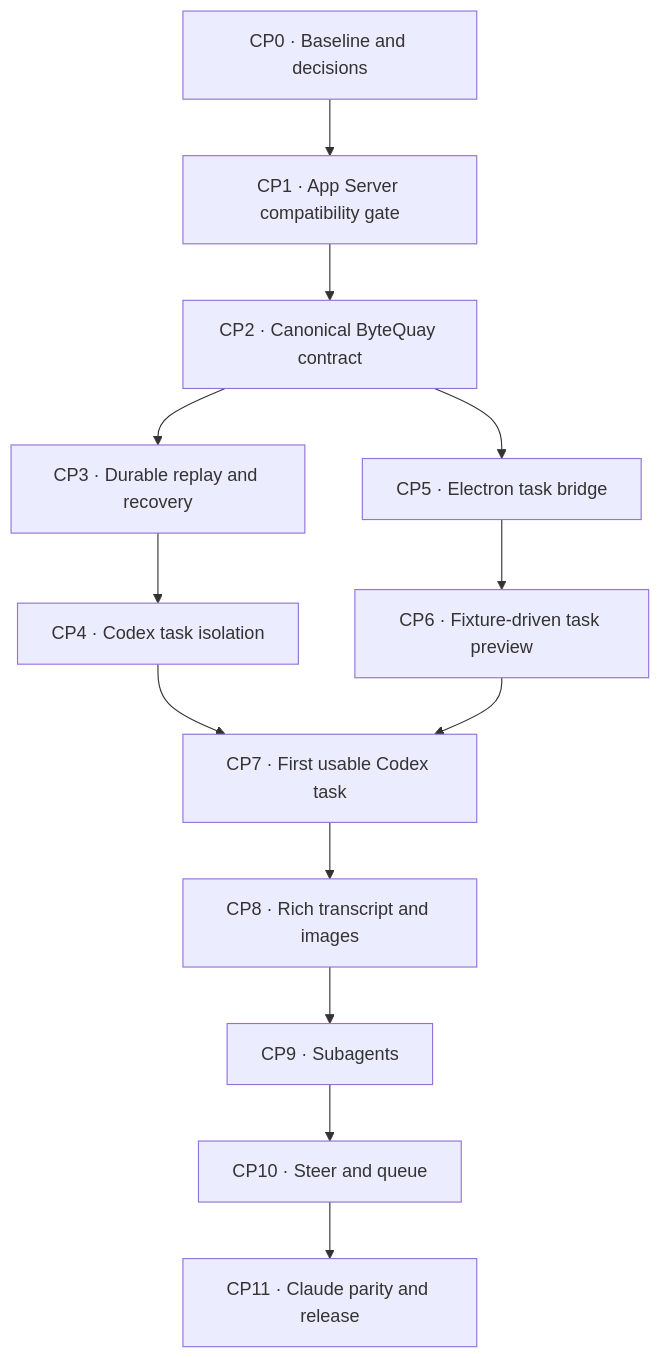
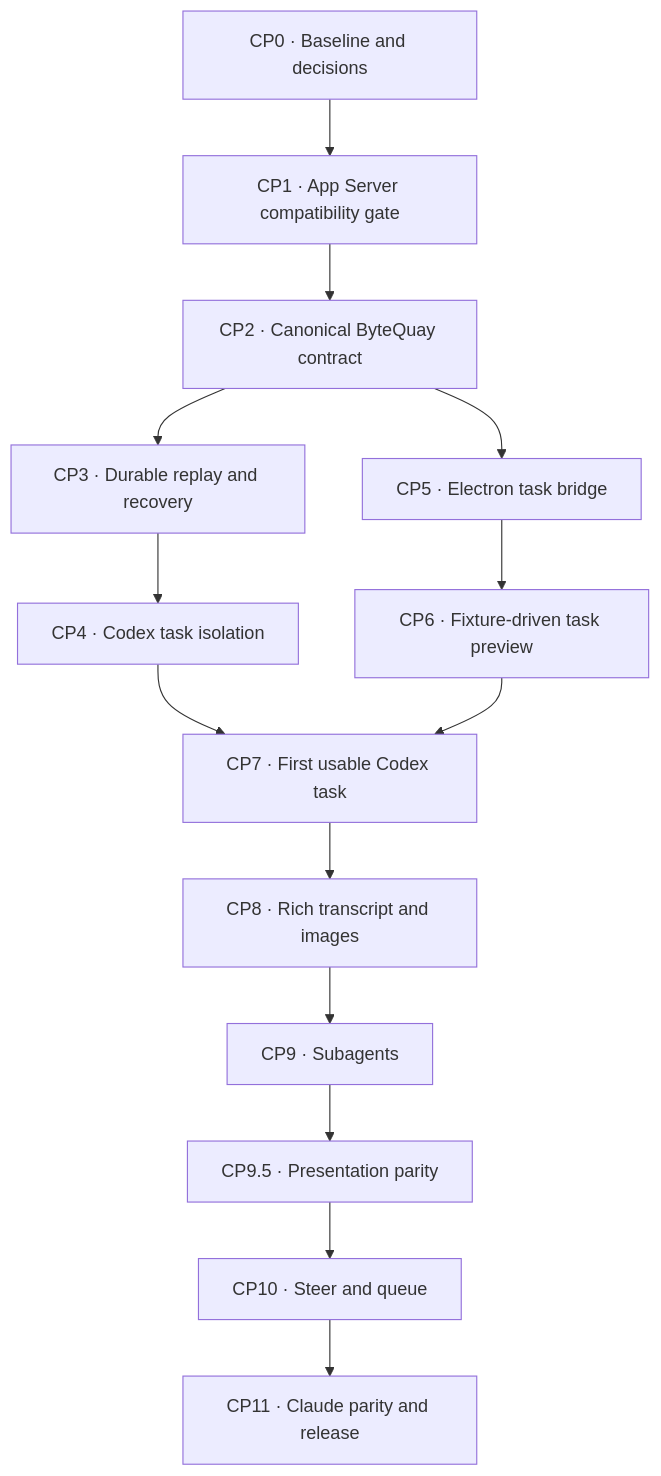
One commit to bytequay/bytequay changed the diagram in docs/design/agent-service-impl-tmp.md. Above: the diagram before and after it, drawn with Mermaid. The commit also changed other lines of this file, not shown here.

````diff
--- a/docs/design/agent-service-impl-tmp.md
+++ b/docs/design/agent-service-impl-tmp.md
@@ -149,15 +152,16 @@
 ```mermaid
 flowchart TD
     C0["CP0 · Baseline and decisions"] --> C1["CP1 · App Server compatibility gate"]
     C1 --> C2["CP2 · Canonical ByteQuay contract"]
     C2 --> C3["CP3 · Durable replay and recovery"]
     C2 --> C5["CP5 · Electron task bridge"]
     C3 --> C4["CP4 · Codex task isolation"]
     C5 --> C6["CP6 · Fixture-driven task preview"]
     C4 --> C7["CP7 · First usable Codex task"]
     C6 --> C7
     C7 --> C8["CP8 · Rich transcript and images"]
     C8 --> C9["CP9 · Subagents"]
-    C9 --> C10["CP10 · Steer and queue"]
+    C9 --> C95["CP9.5 · Presentation parity"]
+    C95 --> C10["CP10 · Steer and queue"]
     C10 --> C11["CP11 · Claude parity and release"]
 ```
````
